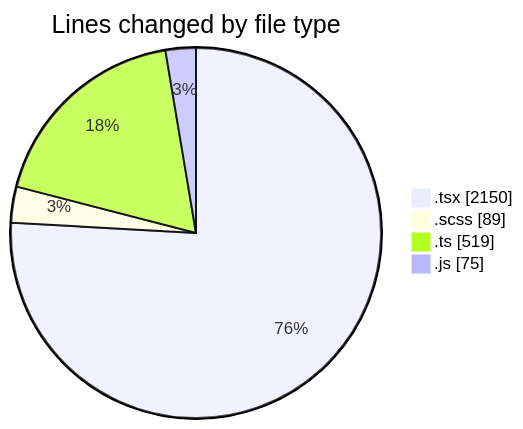
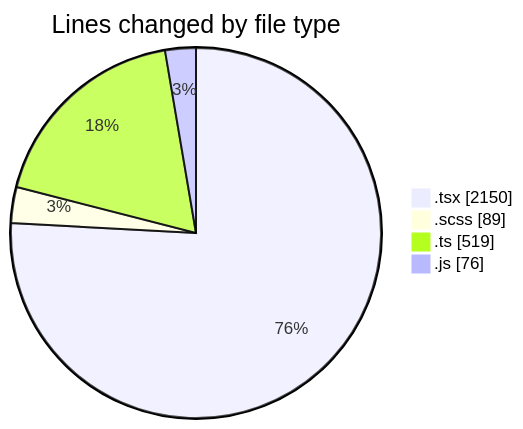
The first of 2 diagrams in 2025-06-17/cda/README.md (momahboobian/code-tracking), drawn with Mermaid before and after one commit. The commit also changed other lines of this file and 1 other file, not shown here.

````diff
--- a/2025-06-17/cda/README.md
+++ b/2025-06-17/cda/README.md
@@ -26,8 +26,8 @@
 ```mermaid
 pie showData
 title Lines changed by file type
 ".tsx" : 2150
 ".scss" : 89
 ".ts" : 519
-".js" : 75
+".js" : 76
 ```
````
